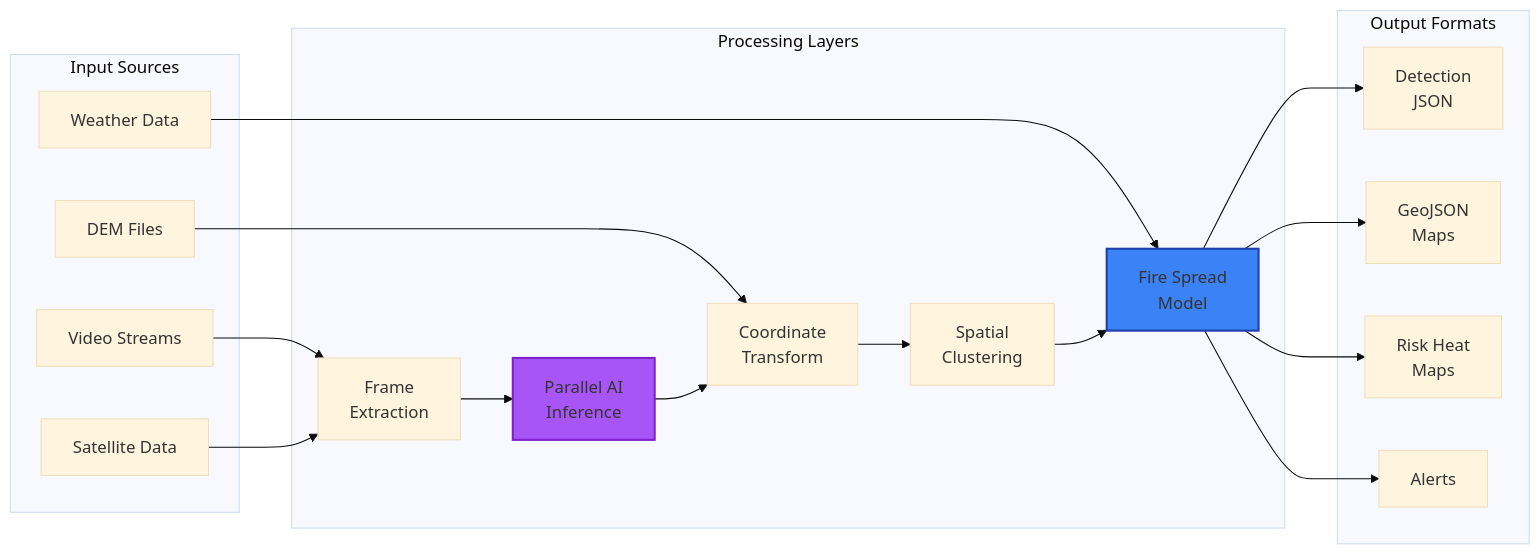
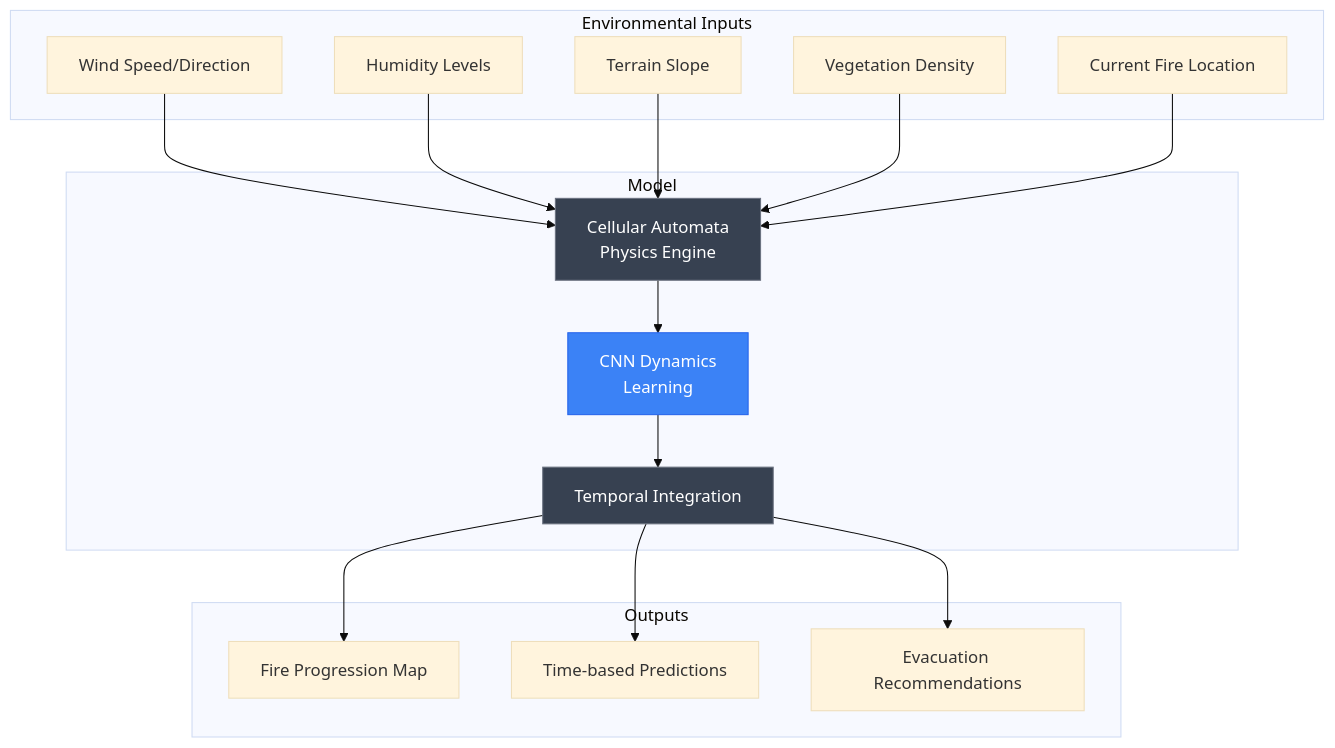
Before and after one commit to THEDIFY/THEDIFY: the third of 3 diagrams in projects/GUIRA/README.md, drawn with Mermaid (base theme). The commit also changed other lines of this file and 9 other files, not shown here.

````diff
--- a/projects/GUIRA/README.md
+++ b/projects/GUIRA/README.md
@@ -238,42 +197,39 @@
 ```mermaid
-graph LR
-    subgraph "Input Sources"
-        I1[Video Streams]
-        I2[Satellite Data]
-        I3[Weather Data]
-        I4[DEM Files]
+graph TB
+    subgraph Environmental Inputs
+        I1[Wind Speed/Direction]
+        I2[Humidity Levels]
+        I3[Terrain Slope]
+        I4[Vegetation Density]
+        I5[Current Fire Location]
     end
     
-    subgraph "Processing Layers"
-        P1[Frame<br/>Extraction]
-        P2[Parallel AI<br/>Inference]
-        P3[Coordinate<br/>Transform]
-        P4[Spatial<br/>Clustering]
-        P5[Fire Spread<br/>Model]
+    subgraph Model
+        M1[Cellular Automata<br/>Physics Engine]
+        M2[CNN Dynamics<br/>Learning]
+        M3[Temporal Integration]
     end
     
-    subgraph "Output Formats"
-        O1[Detection<br/>JSON]
-        O2[GeoJSON<br/>Maps]
-        O3[Risk Heat<br/>Maps]
-        O4[Alerts]
+    subgraph Outputs
+        O1[Fire Progression Map]
+        O2[Time-based Predictions]
+        O3[Evacuation Recommendations]
     end
     
-    I1 --> P1
-    I2 --> P1
-    P1 --> P2
-    I3 --> P5
-    I4 --> P3
+    I1 --> M1
+    I2 --> M1
+    I3 --> M1
+    I4 --> M1
+    I5 --> M1
     
-    P2 --> P3
-    P3 --> P4
-    P4 --> P5
+    M1 --> M2
+    M2 --> M3
     
-    P5 --> O1
-    P5 --> O2
-    P5 --> O3
-    P5 --> O4
+    M3 --> O1
+    M3 --> O2
+    M3 --> O3
     
-    style P2 fill:#A855F7,stroke:#7E22CE,stroke-width:2px
-    style P5 fill:#3B82F6,stroke:#1E40AF,stroke-width:2px
+    style M1 fill:#374151,stroke:#6b7280,color:#fff
+    style M2 fill:#3b82f6,stroke:#2563eb,color:#fff
+    style M3 fill:#374151,stroke:#6b7280,color:#fff
 ```
````
